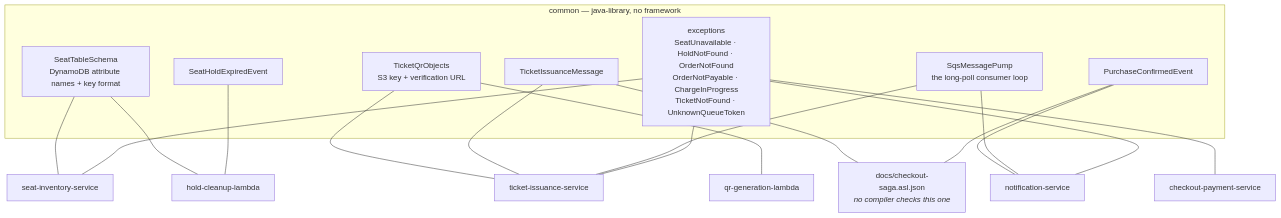
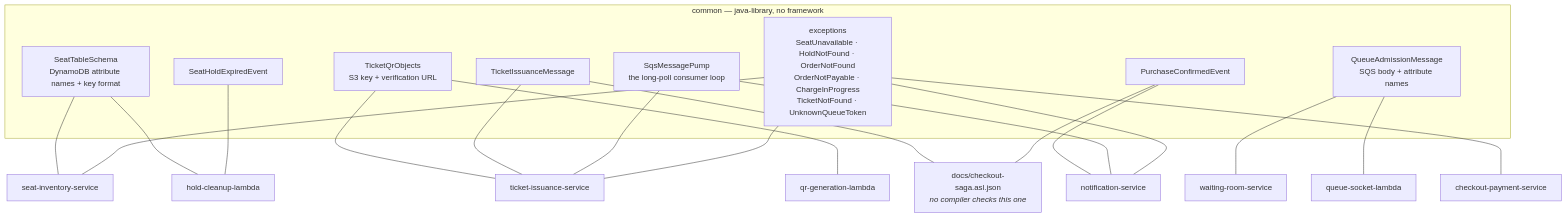
The first of 3 diagrams in common/ARCHITECTURE.md (daliborjelicanin/ticket-waiting-room-aws), drawn with Mermaid before and after one commit. The commit also changed other lines of this file and 30 other files, not shown here.

Commit message:
Queue socket lambda

````diff
--- a/common/ARCHITECTURE.md
+++ b/common/ARCHITECTURE.md
@@ -11,28 +11,32 @@
 ```mermaid
 flowchart TB
     subgraph c["common — java-library, no framework"]
         STS["SeatTableSchema<br/>DynamoDB attribute names + key format"]
         TQO["TicketQrObjects<br/>S3 key + verification URL"]
         TIM["TicketIssuanceMessage"]
         PCE["PurchaseConfirmedEvent"]
         SHE["SeatHoldExpiredEvent"]
+        QAM["QueueAdmissionMessage<br/>SQS body + attribute names"]
         PUMP["SqsMessagePump<br/>the long-poll consumer loop"]
         EXC["exceptions<br/>SeatUnavailable · HoldNotFound · OrderNotFound<br/>OrderNotPayable · ChargeInProgress<br/>TicketNotFound · UnknownQueueToken"]
     end
 
     SI["seat-inventory-service"]
     HC["hold-cleanup-lambda"]
     TI["ticket-issuance-service"]
     QR["qr-generation-lambda"]
     NS["notification-service"]
     CP["checkout-payment-service"]
+    WR["waiting-room-service"]
+    QS["queue-socket-lambda"]
     ASL["docs/checkout-saga.asl.json<br/><i>no compiler checks this one</i>"]
 
     STS --- SI & HC
     TQO --- TI & QR
     TIM --- TI & ASL
     PCE --- NS & ASL
     SHE --- HC
+    QAM --- WR & QS
     PUMP --- TI & NS
     EXC --- SI & CP & TI & NS
 ```
````
